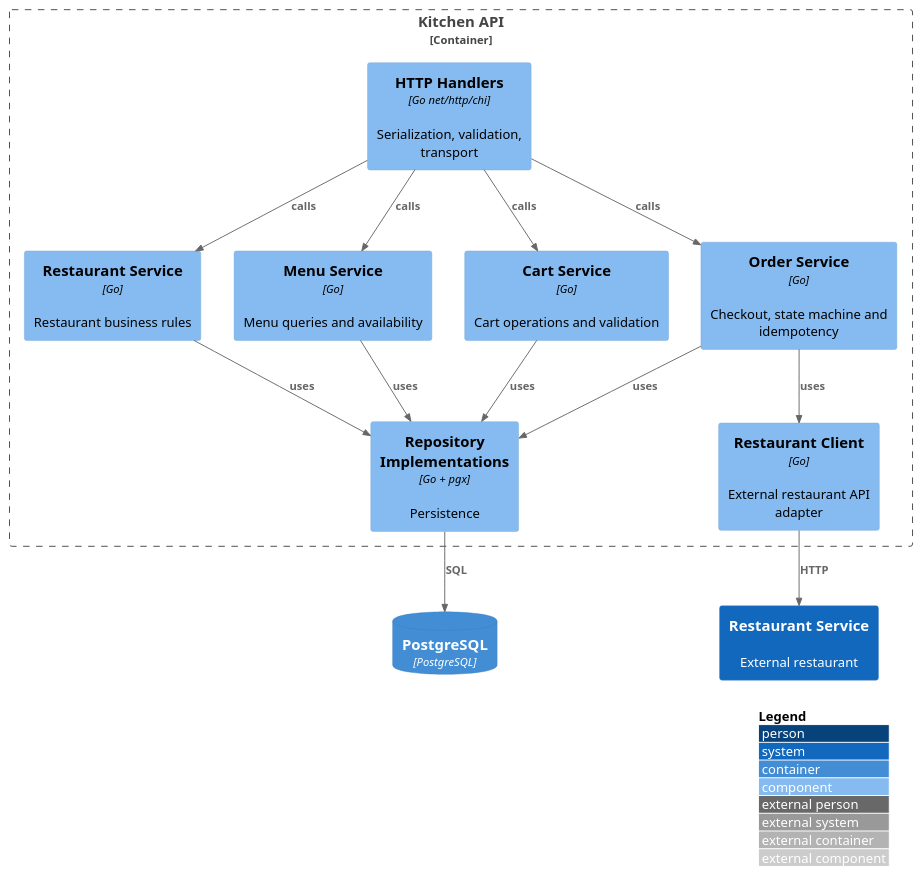
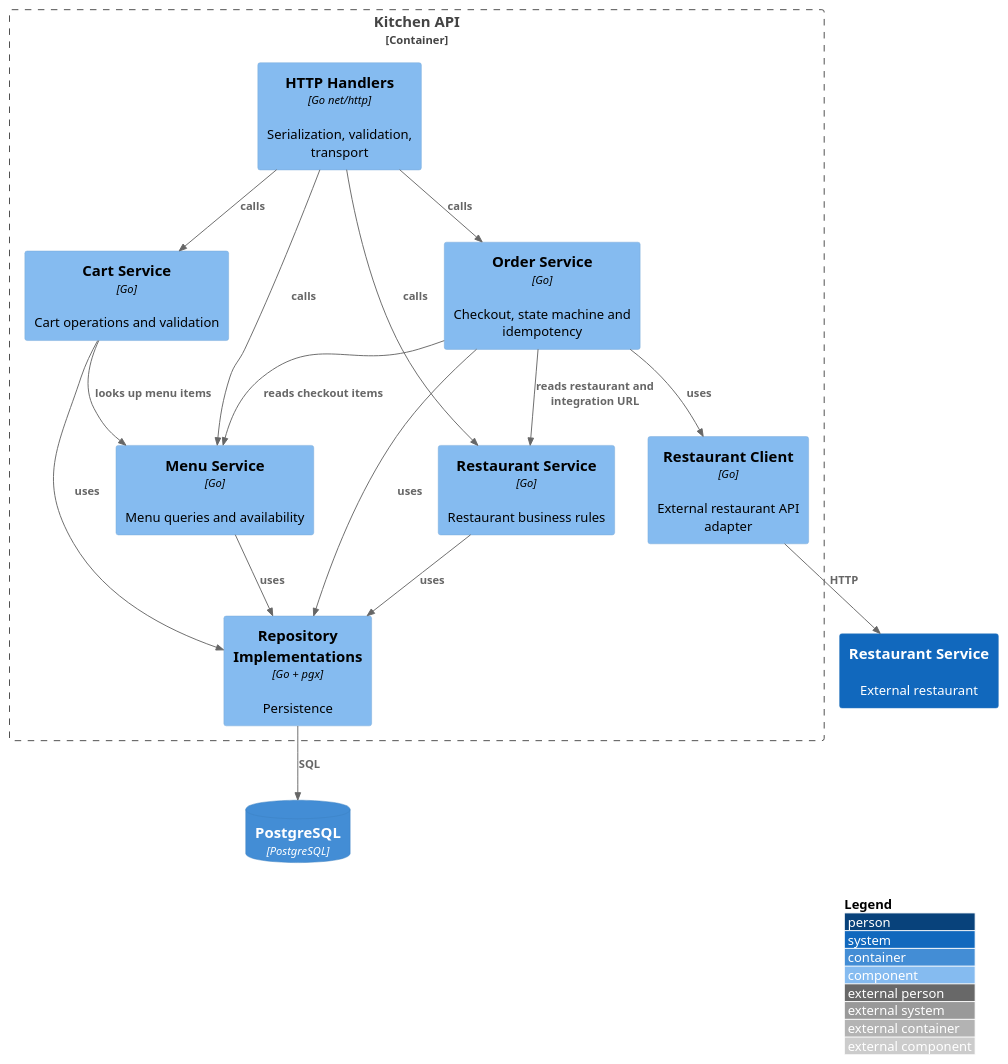
Before and after one commit to Aam-Shaegar/kitchenflow: the diagram in docs/c4-components.puml, drawn with PlantUML. The commit also changed 10 other files, not shown here.

Commit message:
Align API contract, startup guide and architecture with runtime behavior

```diff
--- a/docs/c4-components.puml
+++ b/docs/c4-components.puml
@@ -1,29 +1,32 @@
 @startuml
 !include https://raw.githubusercontent.com/plantuml-stdlib/C4-PlantUML/master/C4_Component.puml
 LAYOUT_WITH_LEGEND()
 
 Container_Boundary(api, "Kitchen API") {
-  Component(http, "HTTP Handlers", "Go net/http/chi", "Serialization, validation, transport")
+  Component(http, "HTTP Handlers", "Go net/http", "Serialization, validation, transport")
   Component(restaurants, "Restaurant Service", "Go", "Restaurant business rules")
   Component(menu, "Menu Service", "Go", "Menu queries and availability")
   Component(cart, "Cart Service", "Go", "Cart operations and validation")
   Component(orders, "Order Service", "Go", "Checkout, state machine and idempotency")
   Component(repo, "Repository Implementations", "Go + pgx", "Persistence")
   Component(integration, "Restaurant Client", "Go", "External restaurant API adapter")
 }
 
 ContainerDb(db, "PostgreSQL", "PostgreSQL")
 System(restaurant, "Restaurant Service", "External restaurant")
 
 Rel(http, restaurants, "calls")
 Rel(http, menu, "calls")
 Rel(http, cart, "calls")
 Rel(http, orders, "calls")
 Rel(restaurants, repo, "uses")
 Rel(menu, repo, "uses")
+Rel(cart, menu, "looks up menu items")
+Rel(orders, menu, "reads checkout items")
+Rel(orders, restaurants, "reads restaurant and integration URL")
 Rel(cart, repo, "uses")
 Rel(orders, repo, "uses")
 Rel(orders, integration, "uses")
 Rel(repo, db, "SQL")
 Rel(integration, restaurant, "HTTP")
 @enduml
```
